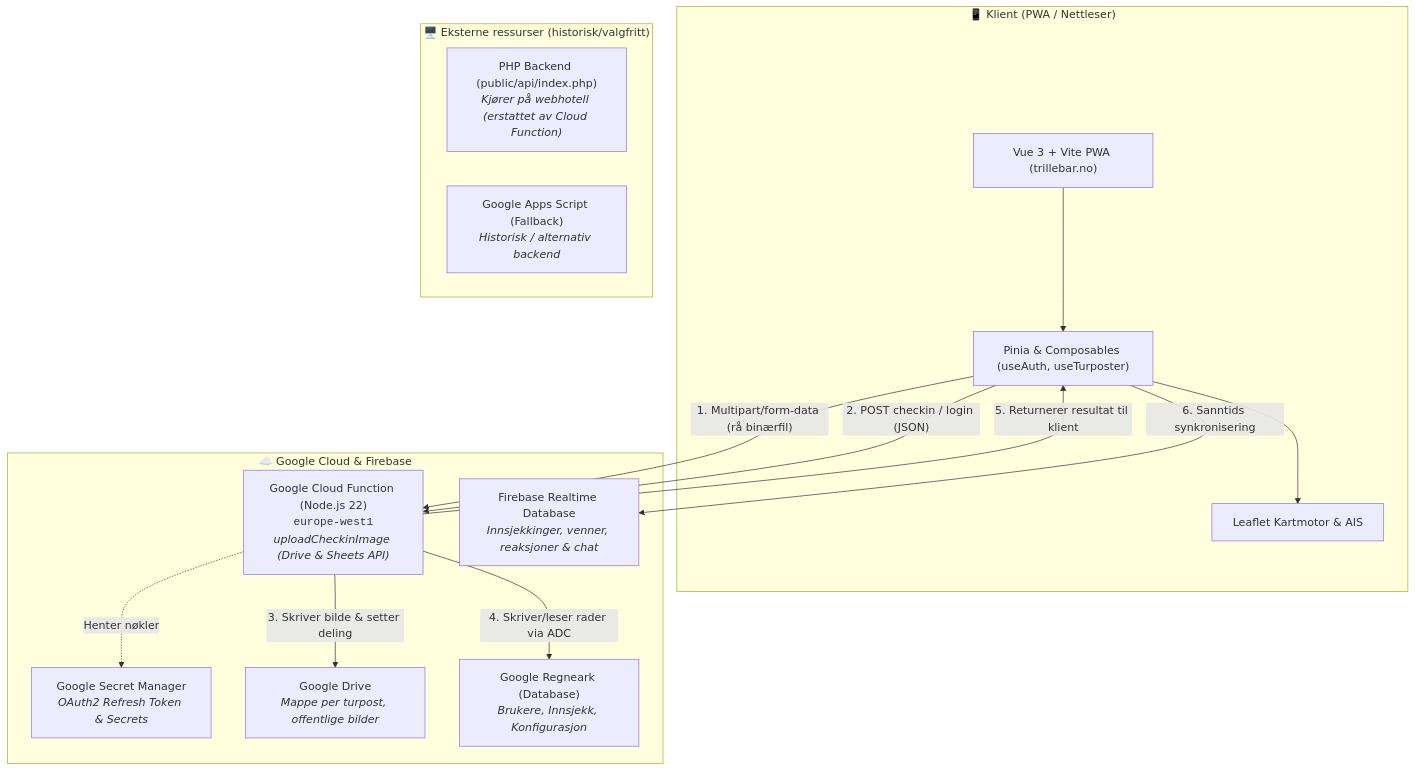
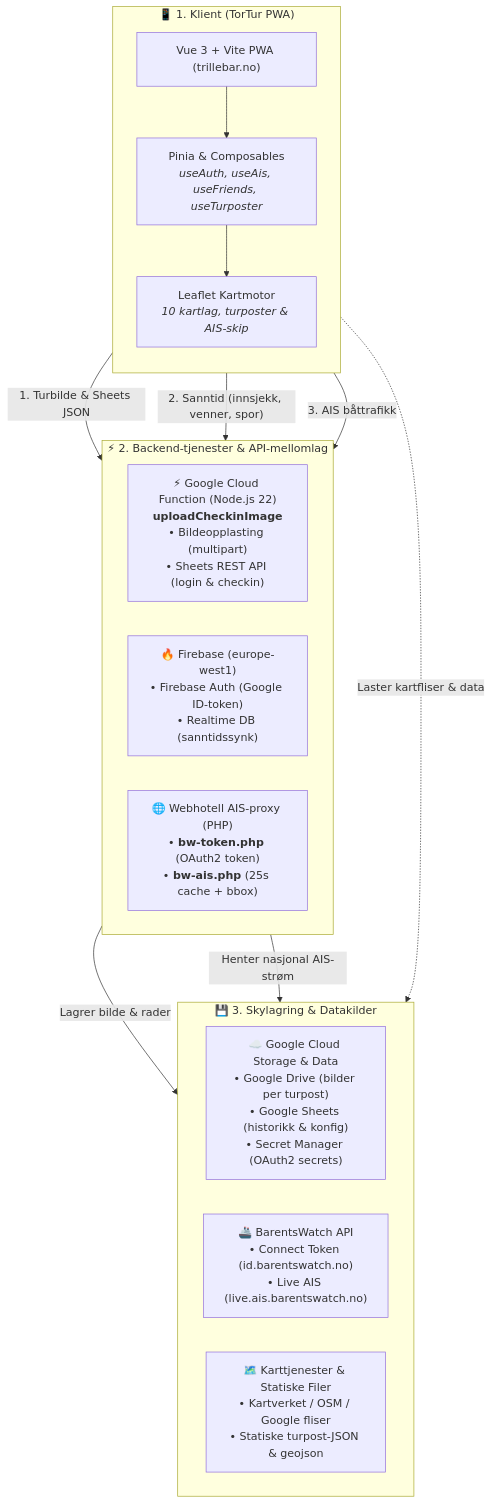
The first of 3 diagrams in ARCHITECTURE.md (tmala/tortur), drawn with Mermaid before and after one commit. The commit also changed other lines of this file and 1 other file, not shown here.

Commit message:
docs: update system architecture and readme

````diff
--- a/ARCHITECTURE.md
+++ b/ARCHITECTURE.md
@@ -11,37 +11,33 @@
 ```mermaid
-graph TB
-    subgraph Klient ["📱 Klient (PWA / Nettleser)"]
+flowchart TD
+    subgraph Klient ["📱 1. Klient (TorTur PWA)"]
+        direction TB
         UI["Vue 3 + Vite PWA (trillebar.no)"]
-        Leaflet["Leaflet Kartmotor & AIS"]
-        Store["Pinia & Composables (useAuth, useTurposter)"]
+        Store["Pinia & Composables<br/><i>useAuth, useAis, useFriends, useTurposter</i>"]
+        Leaflet["Leaflet Kartmotor<br/><i>10 kartlag, turposter & AIS-skip</i>"]
+        UI --> Store --> Leaflet
     end
 
-    subgraph Skytjenester ["☁️ Google Cloud & Firebase"]
-        GCF["Google Cloud Function (Node.js 22)<br/><code>europe-west1</code><br/><i>uploadCheckinImage (Drive & Sheets API)</i>"]
-        SecretMgr["Google Secret Manager<br/><i>OAuth2 Refresh Token & Secrets</i>"]
-        GDrive["Google Drive<br/><i>Mappe per turpost, offentlige bilder</i>"]
-        GSheets["Google Regneark (Database)<br/><i>Brukere, Innsjekk, Konfigurasjon</i>"]
-        FirebaseRTDB["Firebase Realtime Database<br/><i>Innsjekkinger, venner, reaksjoner & chat</i>"]
+    subgraph Backend ["⚡ 2. Backend-tjenester & API-mellomlag"]
+        direction LR
+        GCF["⚡ Google Cloud Function (Node.js 22)<br/><b>uploadCheckinImage</b><br/>• Bildeopplasting (multipart)<br/>• Sheets REST API (login & checkin)"]
+        FB["🔥 Firebase (europe-west1)<br/>• Firebase Auth (Google ID-token)<br/>• Realtime DB (sanntidssynk)"]
+        PHP["🌐 Webhotell AIS-proxy (PHP)<br/>• <b>bw-token.php</b> (OAuth2 token)<br/>• <b>bw-ais.php</b> (25s cache + bbox)"]
     end
 
-    subgraph Backend ["🖥️ Eksterne ressurser (historisk/valgfritt)"]
-        PHP["PHP Backend (public/api/index.php)<br/><i>Kjører på webhotell (erstattet av Cloud Function)</i>"]
-        AppScript["Google Apps Script (Fallback)<br/><i>Historisk / alternativ backend</i>"]
+    subgraph DataLagring ["💾 3. Skylagring & Datakilder"]
+        direction LR
+        GCloud["☁️ Google Cloud Storage & Data<br/>• Google Drive (bilder per turpost)<br/>• Google Sheets (historikk & konfig)<br/>• Secret Manager (OAuth2 secrets)"]
+        BW["🚢 BarentsWatch API<br/>• Connect Token (id.barentswatch.no)<br/>• Live AIS (live.ais.barentswatch.no)"]
+        Kart["🗺️ Karttjenester & Statiske Filer<br/>• Kartverket / OSM / Google fliser<br/>• Statiske turpost-JSON & geojson"]
     end
 
-    %% Relasjoner
-    UI --> Store
-    Store --> Leaflet
+    %% Koblinger ovenfra og ned
+    Store -->|"1. Turbilde & Sheets JSON"| GCF
+    Store -->|"2. Sanntid (innsjekk, venner, spor)"| FB
+    Store -->|"3. AIS båttrafikk"| PHP
+    Leaflet -.->|"Laster kartfliser & data"| Kart
 
-    %% Bildeopplasting & API
-    Store -- "1. Multipart/form-data (rå binærfil)" --> GCF
-    Store -- "2. POST checkin / login (JSON)" --> GCF
-    GCF -. "Henter nøkler" .-> SecretMgr
-    GCF -- "3. Skriver bilde & setter deling" --> GDrive
-    GCF -- "4. Skriver/leser rader via ADC" --> GSheets
-    GCF -- "5. Returnerer resultat til klient" --> Store
-
-    %% Sanntidssynk
-    Store -- "6. Sanntids synkronisering" --> FirebaseRTDB
-
+    GCF -->|"Lagrer bilde & rader"| GCloud
+    PHP -->|"Henter nasjonal AIS-strøm"| BW
 ```
````
